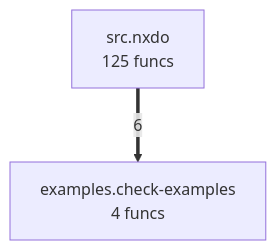
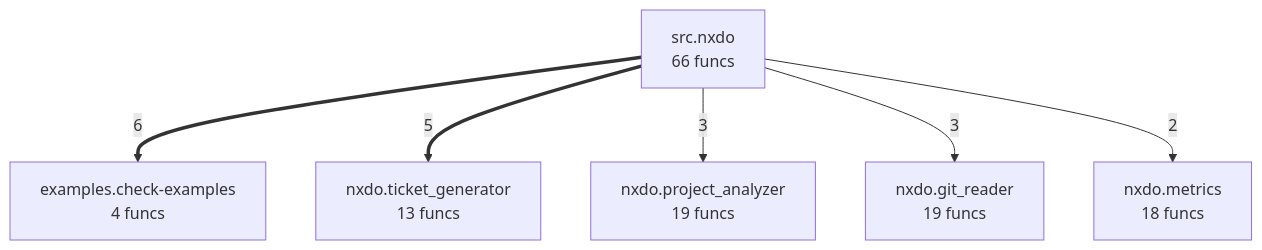
One commit to semcod/nxdo changed the diagram in project/compact_flow.mmd. Above: the diagram before and after it, drawn with Mermaid. The commit also changed 18 other files, not shown here.

```diff
--- a/project/compact_flow.mmd
+++ b/project/compact_flow.mmd
@@ -1,5 +1,13 @@
 flowchart TD
-%% generated in 0.00s
+%% generated in 0.01s
     examples__check_examples["examples.check-examples<br/>4 funcs"]
-    src__nxdo["src.nxdo<br/>125 funcs"]
+    nxdo__git_reader["nxdo.git_reader<br/>19 funcs"]
+    nxdo__metrics["nxdo.metrics<br/>18 funcs"]
+    nxdo__project_analyzer["nxdo.project_analyzer<br/>19 funcs"]
+    nxdo__ticket_generator["nxdo.ticket_generator<br/>13 funcs"]
+    src__nxdo["src.nxdo<br/>66 funcs"]
     src__nxdo ==>|6| examples__check_examples
+    src__nxdo ==>|5| nxdo__ticket_generator
+    src__nxdo -->|3| nxdo__project_analyzer
+    src__nxdo -->|3| nxdo__git_reader
+    src__nxdo -->|2| nxdo__metrics
```
